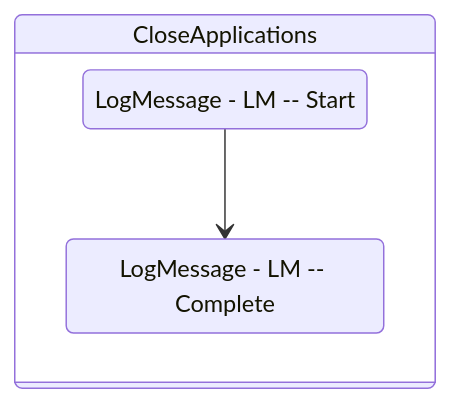
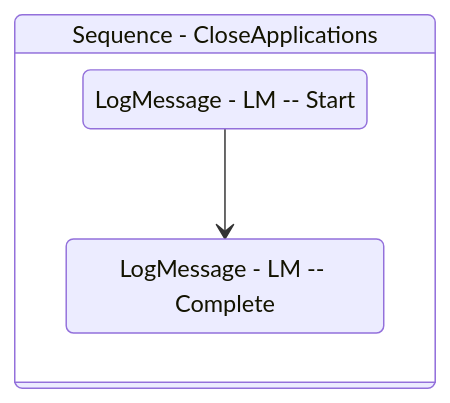
The diagram in Documentation/.templates/Performers/Basic/Framework/CloseApplications.md (yashbrahmbhatt/LazyFramework), drawn with Mermaid before and after one commit. The commit also changed 78 other files, not shown here.

````diff
--- a/Documentation/.templates/Performers/Basic/Framework/CloseApplications.md
+++ b/Documentation/.templates/Performers/Basic/Framework/CloseApplications.md
@@ -83,12 +83,12 @@
 ```mermaid
 stateDiagram-v2
 
 
-Sequence_1: CloseApplications
+Sequence_1: Sequence - CloseApplications
 state Sequence_1 {
 direction TB
 LogMessage_1 : LogMessage - LM -- Start
 LogMessage_2 : LogMessage - LM -- Complete
 LogMessage_1 --> LogMessage_2
 }
 ```
````
